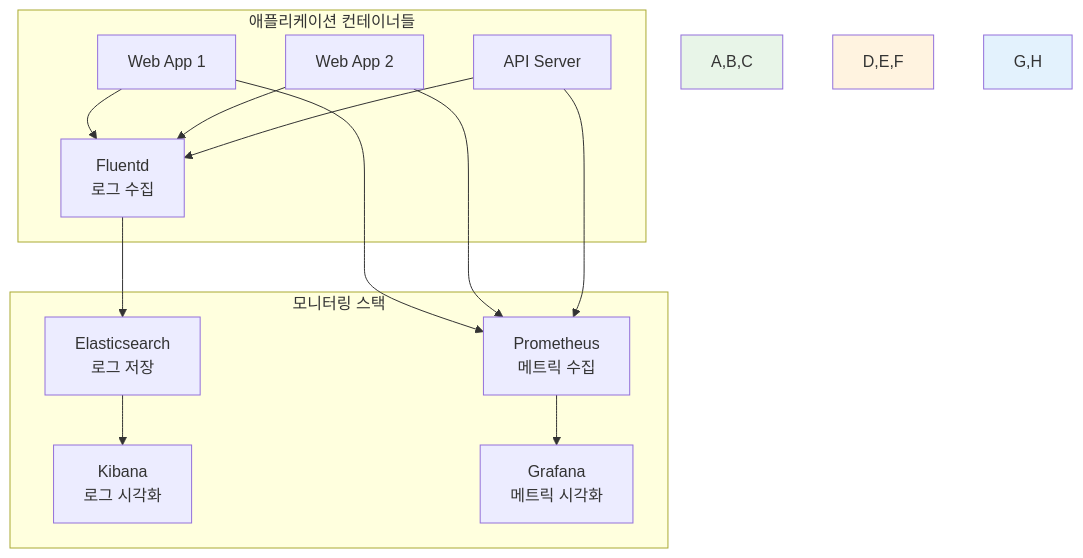
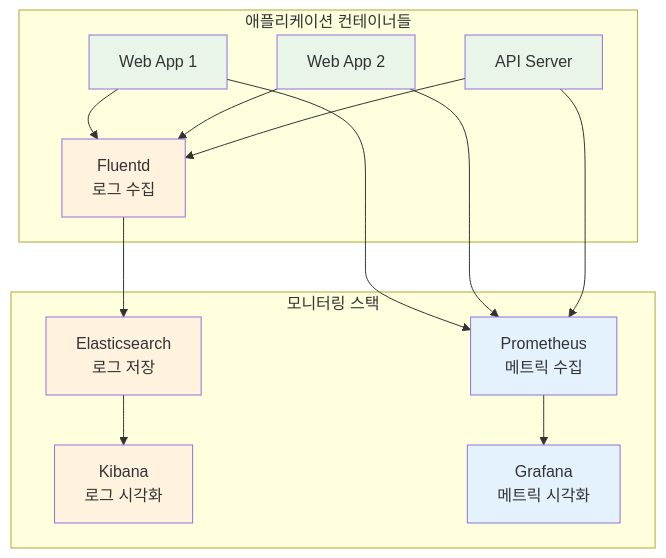
One commit to niceguy61/kdt_devops_lecture_2025 changed the fourth of 4 diagrams in theory/week_01/day4/session_2.md. Above: the diagram before and after it, drawn with Mermaid. The commit also changed other lines of this file, not shown here.

Commit message:
mermaid style 오류 수정

````diff
--- a/theory/week_01/day4/session_2.md
+++ b/theory/week_01/day4/session_2.md
@@ -151,22 +207,27 @@
 ```mermaid
 graph TB
     subgraph "애플리케이션 컨테이너들"
         A[Web App 1] --> D[Fluentd<br/>로그 수집]
         B[Web App 2] --> D
         C[API Server] --> D
     end
     
     subgraph "모니터링 스택"
         D --> E[Elasticsearch<br/>로그 저장]
         E --> F[Kibana<br/>로그 시각화]
         
         A --> G[Prometheus<br/>메트릭 수집]
         B --> G
         C --> G
         G --> H[Grafana<br/>메트릭 시각화]
     end
     
-    style A,B,C fill:#e8f5e8
-    style D,E,F fill:#fff3e0
-    style G,H fill:#e3f2fd
+    style A fill:#e8f5e8
+    style B fill:#e8f5e8
+    style C fill:#e8f5e8
+    style D fill:#fff3e0
+    style E fill:#fff3e0
+    style F fill:#fff3e0
+    style G fill:#e3f2fd
+    style H fill:#e3f2fd
 ```
````
